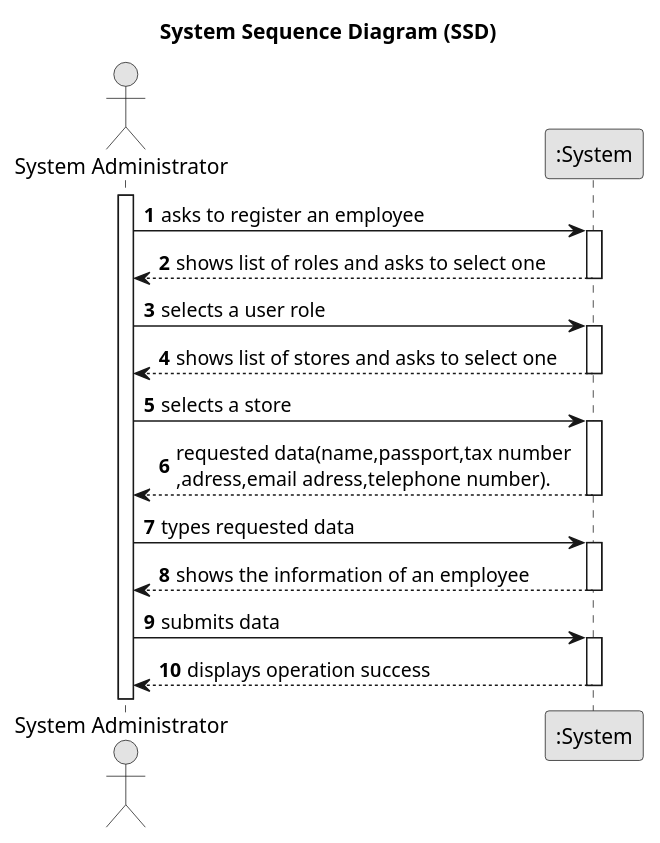
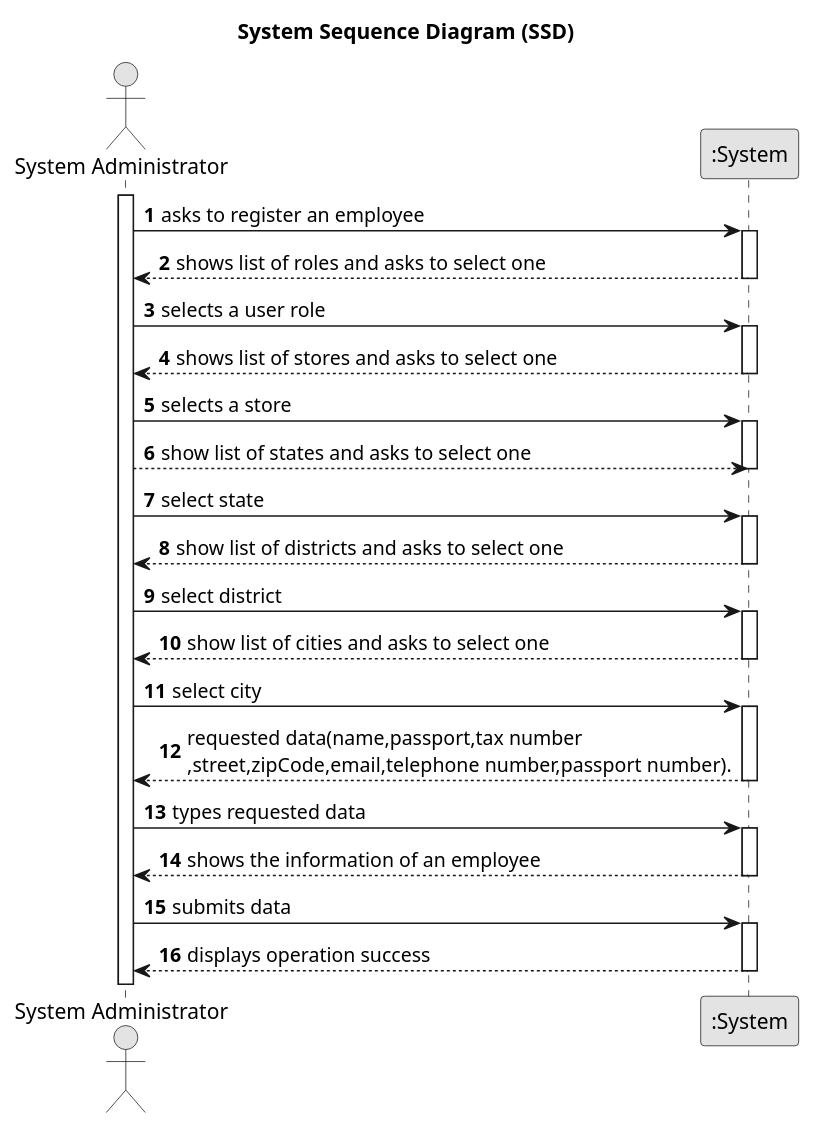
The diagram in docs/sprintB/US03/01.requirements-engineering/puml/us03-system-sequence-diagram.puml (PureNimble/ISEP-LAPR2), drawn with PlantUML before and after one commit.

Commit message:
US03-Updating the SSD puml sprintB

```diff
--- a/docs/sprintB/US03/01.requirements-engineering/puml/us03-system-sequence-diagram.puml
+++ b/docs/sprintB/US03/01.requirements-engineering/puml/us03-system-sequence-diagram.puml
@@ -1,45 +1,63 @@
 @startuml
 skinparam monochrome true
 skinparam packageStyle rectangle
 skinparam shadowing false
 
 title System Sequence Diagram (SSD)
 
 autonumber
 
 actor "System Administrator" as Admin
 participant ":System" as System
 
 activate Admin
 
     Admin -> System : asks to register an employee
     activate System
 
     System --> Admin : shows list of roles and asks to select one
     deactivate System
 
         Admin -> System : selects a user role
         activate System
 
          System --> Admin : shows list of stores and asks to select one
             deactivate System
 
                 Admin -> System : selects a store
                 activate System
 
-   System --> Admin :  requested data(name,passport,tax number \n,adress,email adress,telephone number).
+         System <-- Admin:show list of states and asks to select one
+         deactivate System
+
+         Admin -> System : select state
+         activate System
+
+         System --> Admin : show list of districts and asks to select one
+         deactivate System
+
+         Admin -> System: select district
+         activate System
+
+         System --> Admin : show list of cities and asks to select one
+         deactivate System
+
+        Admin -> System: select city
+        activate System
+
+   System --> Admin :  requested data(name,passport,tax number \n,street,zipCode,email,telephone number,passport number).
      deactivate System
 
     Admin -> System : types requested data
     activate System
 
      System --> Admin : shows the information of an employee
             deactivate System
 
     Admin -> System : submits data
     activate System
 
         System --> Admin : displays operation success
     deactivate System
 
 @enduml
```
